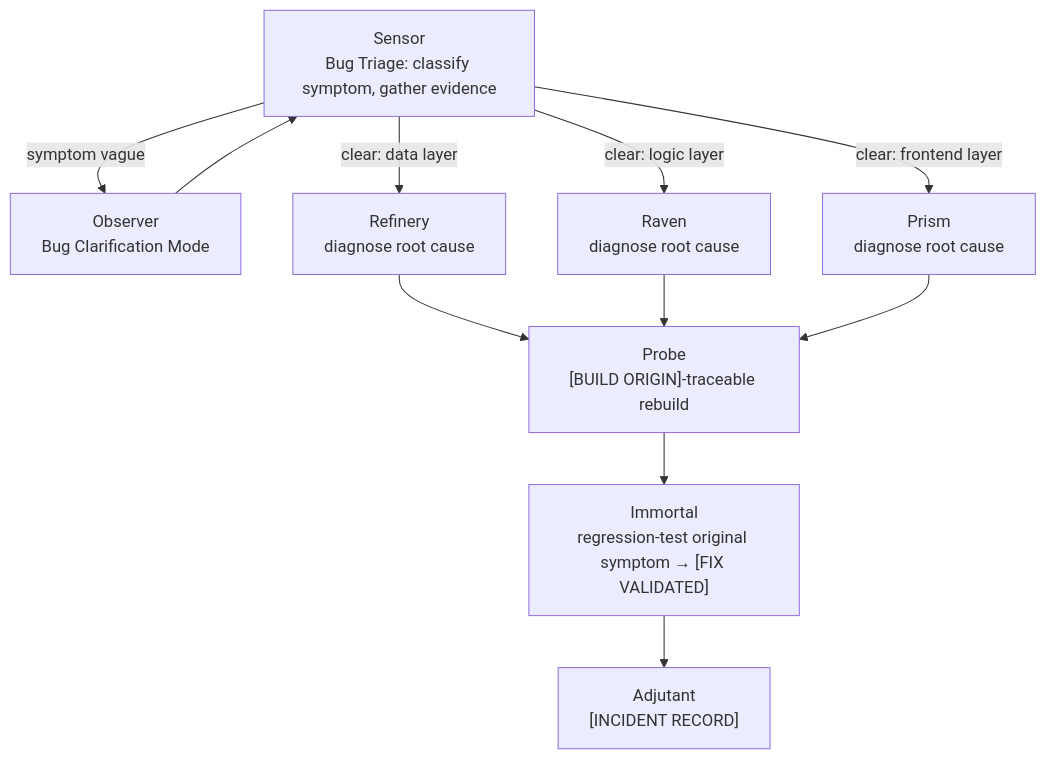
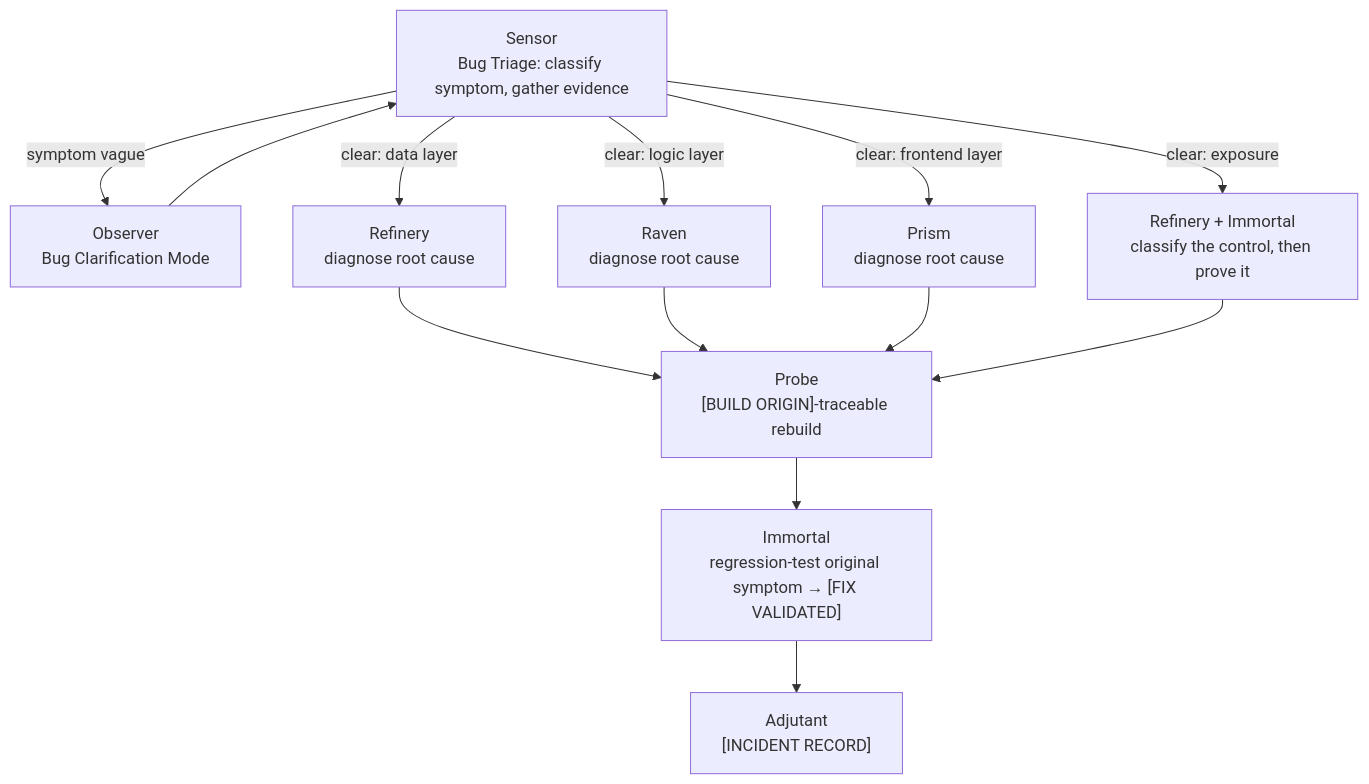
The second of 2 diagrams in README.md (q0015300153/nova-skills), drawn with Mermaid before and after one commit. The commit also changed other lines of this file and 9 other files, not shown here.

````diff
--- a/README.md
+++ b/README.md
@@ -93,13 +112,15 @@
 ```mermaid
 flowchart TD
     S["Sensor<br/>Bug Triage: classify symptom, gather evidence"] -->|symptom vague| O["Observer<br/>Bug Clarification Mode"]
     O --> S
     S -->|clear: data layer| R["Refinery<br/>diagnose root cause"]
     S -->|clear: logic layer| V["Raven<br/>diagnose root cause"]
     S -->|clear: frontend layer| P["Prism<br/>diagnose root cause"]
+    S -->|clear: exposure| X["Refinery + Immortal<br/>classify the control, then prove it"]
     R --> B["Probe<br/>[BUILD ORIGIN]-traceable rebuild"]
     V --> B
     P --> B
+    X --> B
     B --> I["Immortal<br/>regression-test original symptom → [FIX VALIDATED]"]
     I --> A["Adjutant<br/>[INCIDENT RECORD]"]
 ```
````
